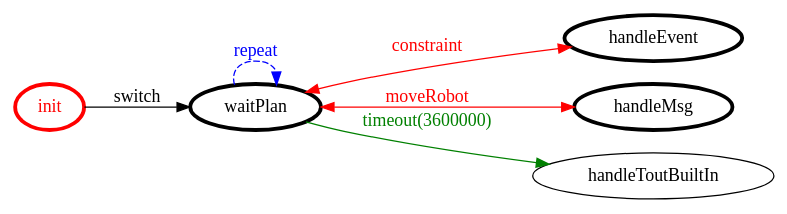
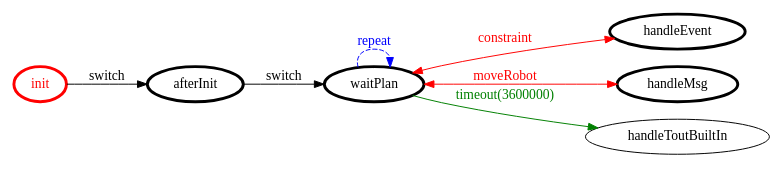
Before and after one commit to AlessandroStaffolani/robot-cleaner: the diagram in it.unibo.project/srcMore/it/unibo/mindrobot/mindrobot.gv, drawn with Graphviz. The commit also changed 4 other files, not shown here.

```diff
--- a/it.unibo.project/srcMore/it/unibo/mindrobot/mindrobot.gv
+++ b/it.unibo.project/srcMore/it/unibo/mindrobot/mindrobot.gv
@@ -1,22 +1,24 @@
 /*
 *
 * A GraphViz DOT FSM description 
 * Please use a GraphViz visualizer (like http://www.webgraphviz.com)
 *  
 */
 
 digraph finite_state_machine {
 	rankdir=LR
 	size="8,5"
 	
 	init [ color = red ][ fontcolor = red ][ penwidth = 3 ]
 	waitPlan [ color = black ][ fontcolor = black ][ penwidth = 3 ]
 	handleEvent [ color = black ][ fontcolor = black ][ penwidth = 3 ]
+	afterInit [ color = black ][ fontcolor = black ][ penwidth = 3 ]
 	handleMsg [ color = black ][ fontcolor = black ][ penwidth = 3 ]
 	
 	waitPlan -> handleEvent [ label = "constraint" ][ color = red ][ fontcolor = red ][ dir = both ]
-	init -> waitPlan [ label = "switch" ][ color = black ][ fontcolor = black ]
+	init -> afterInit [ label = "switch" ][ color = black ][ fontcolor = black ]
+	afterInit -> waitPlan [ label = "switch" ][ color = black ][ fontcolor = black ]
 	waitPlan -> handleToutBuiltIn [ label = "timeout(3600000)" ][ color = green ][ fontcolor = green ]
 	waitPlan -> waitPlan [ label = "repeat "][ style = dashed ][ color = blue ][ fontcolor = blue ]
 	waitPlan -> handleMsg [ label = "moveRobot" ][ color = red ][ fontcolor = red ][ dir = both ]
 }
```
